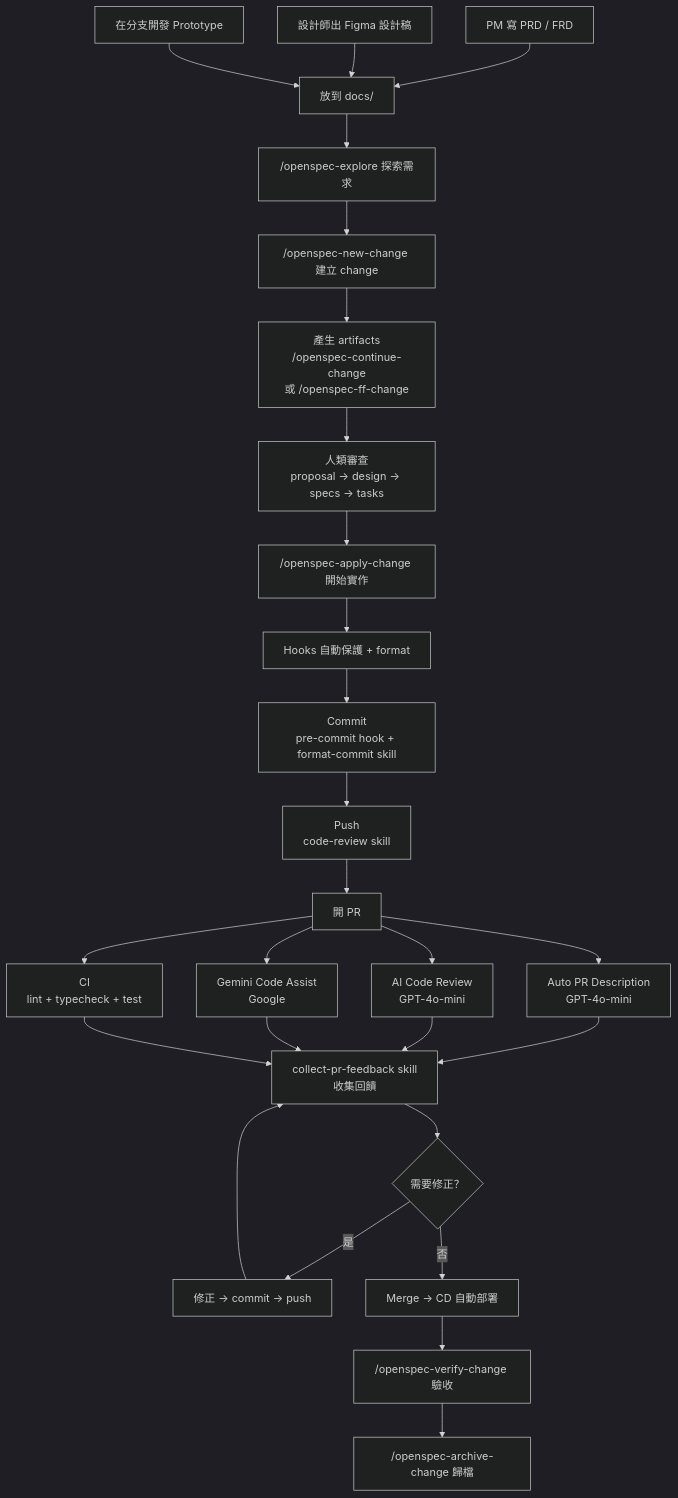
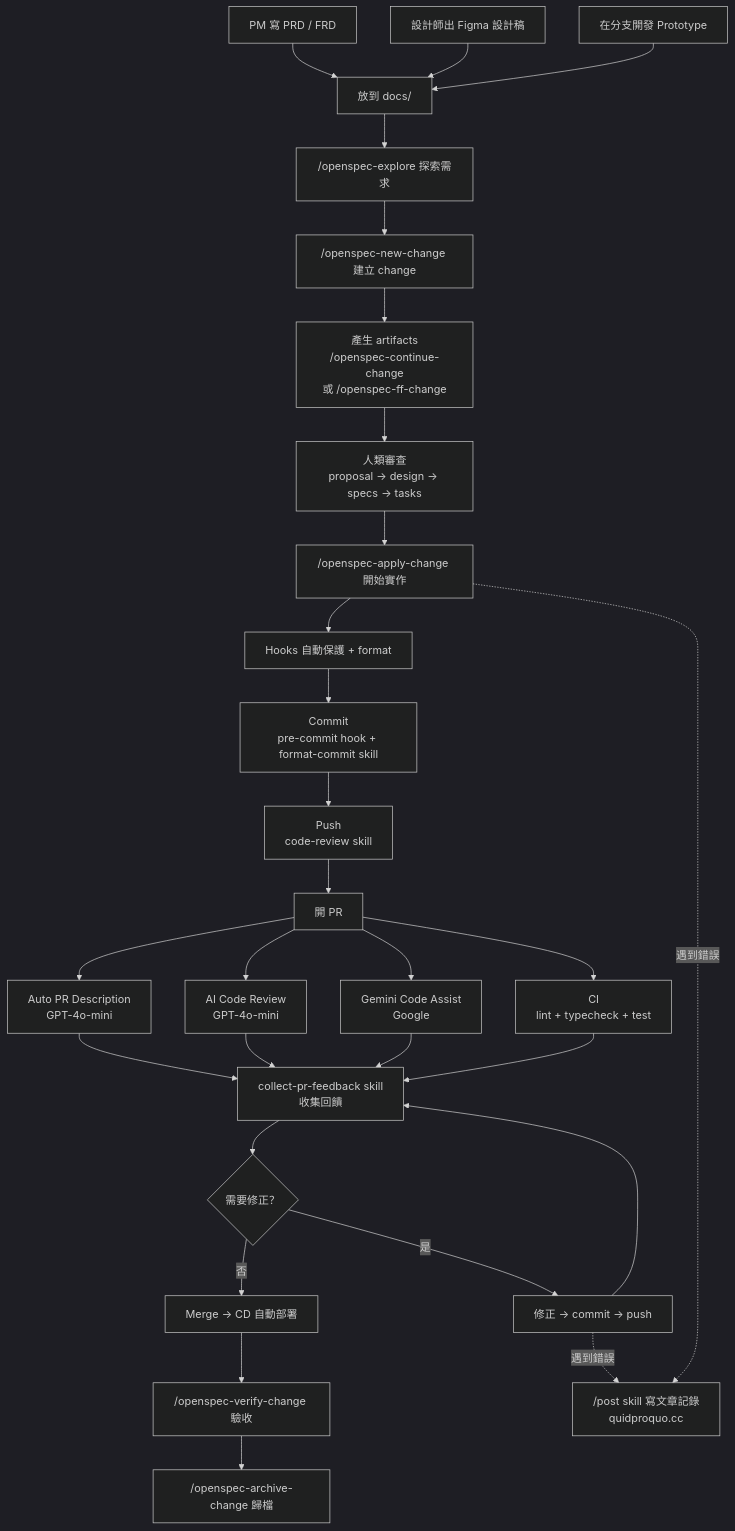
One commit to daodaoedu/daodao changed the diagram in docs/workflow.md. Above: the diagram before and after it, drawn with Mermaid (dark theme). The commit also changed other lines of this file, not shown here.

First line of the commit message:
docs(workflow): 加入錯誤記錄流程（/post skill → quidproquo.cc）

````diff
--- a/docs/workflow.md
+++ b/docs/workflow.md
@@ -5,27 +5,30 @@
 ```mermaid
 flowchart TD
     A1[PM 寫 PRD / FRD] --> A4[放到 docs/]
     A2[設計師出 Figma 設計稿] --> A4
     A3[在分支開發 Prototype] --> A4
     A4 --> B["/openspec-explore 探索需求"]
     B --> C["/openspec-new-change 建立 change"]
     C --> D["產生 artifacts<br/>/openspec-continue-change<br/>或 /openspec-ff-change"]
     D --> E["人類審查<br/>proposal → design → specs → tasks"]
     E --> F["/openspec-apply-change 開始實作"]
     F --> G["Hooks 自動保護 + format"]
     G --> H["Commit<br/>pre-commit hook + format-commit skill"]
     H --> I["Push<br/>code-review skill"]
     I --> J[開 PR]
 
     J --> K["Auto PR Description<br/>GPT-4o-mini"]
     J --> L["AI Code Review<br/>GPT-4o-mini"]
     J --> M["Gemini Code Assist<br/>Google"]
     J --> N["CI<br/>lint + typecheck + test"]
 
     K & L & M & N --> O["collect-pr-feedback skill<br/>收集回饋"]
     O --> P{需要修正？}
     P -- 是 --> Q[修正 → commit → push] --> O
     P -- 否 --> R[Merge → CD 自動部署]
     R --> S["/openspec-verify-change 驗收"]
     S --> T["/openspec-archive-change 歸檔"]
+
+    Q -. 遇到錯誤 .-> U["/post skill 寫文章記錄<br/>quidproquo.cc"]
+    F -. 遇到錯誤 .-> U
 ```
````
